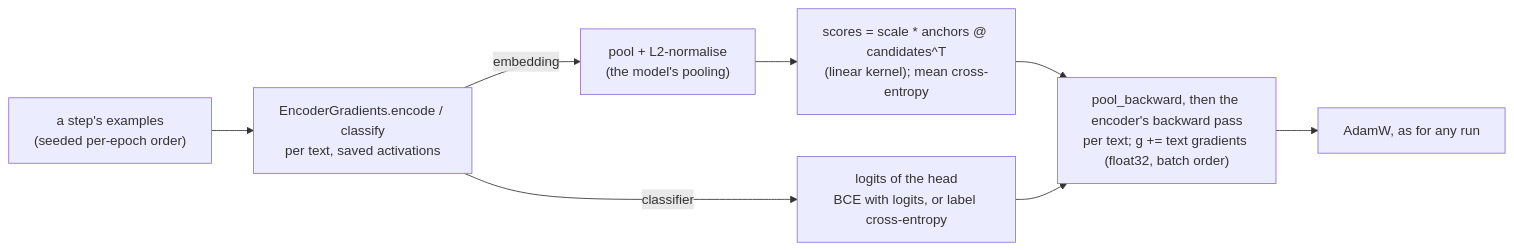
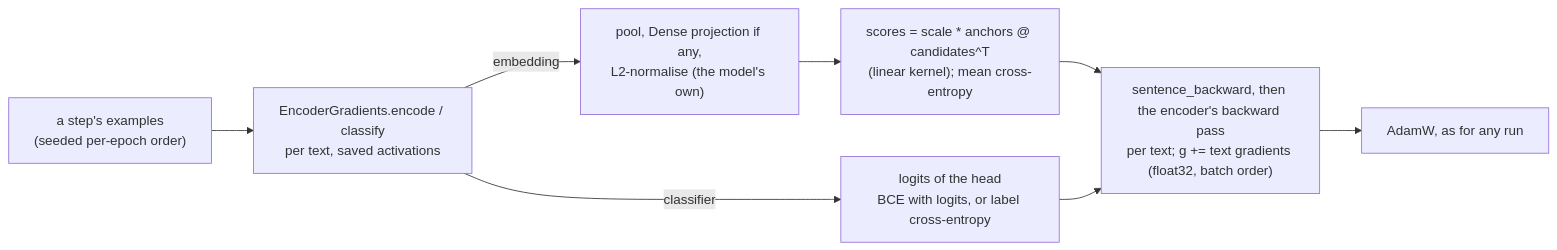
Before and after one commit to vrenken/etalii.dllm: the fifth of 6 diagrams in docs/architecture/training.md, drawn with Mermaid. The commit also changed other lines of this file and 15 other files, not shown here.

````diff
--- a/docs/architecture/training.md
+++ b/docs/architecture/training.md
@@ -141,10 +144,10 @@
 ```mermaid
 flowchart LR
     ex["a step's examples<br/>(seeded per-epoch order)"] --> enc["EncoderGradients.encode / classify<br/>per text, saved activations"]
-    enc -->|embedding| pool["pool + L2-normalise<br/>(the model's pooling)"]
+    enc -->|embedding| pool["pool, Dense projection if any,<br/>L2-normalise (the model's own)"]
     pool --> mnrl["scores = scale * anchors @ candidates^T<br/>(linear kernel); mean cross-entropy"]
     enc -->|classifier| head["logits of the head<br/>BCE with logits, or label cross-entropy"]
-    mnrl --> back["pool_backward, then the encoder's backward pass<br/>per text; g += text gradients (float32, batch order)"]
+    mnrl --> back["sentence_backward, then the encoder's backward pass<br/>per text; g += text gradients (float32, batch order)"]
     head --> back
     back --> adam["AdamW, as for any run"]
 ```
````
